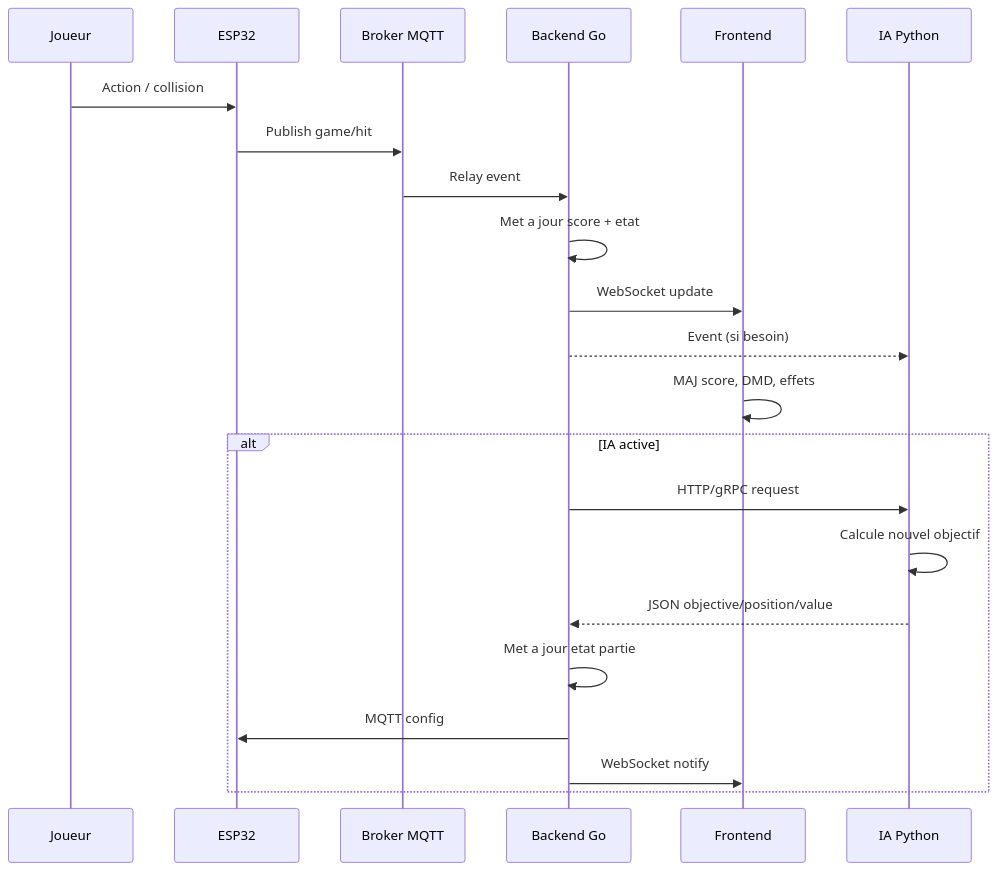
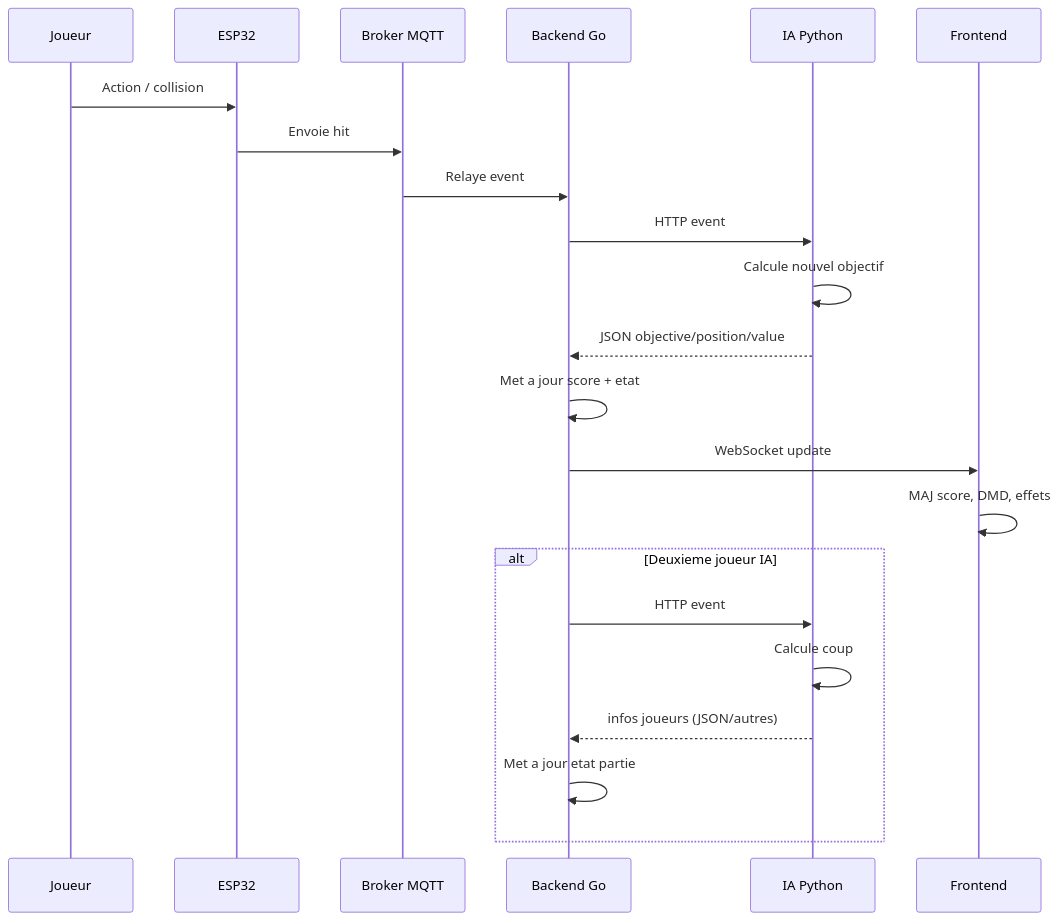
One commit to AkaTFL/Flipper changed the diagram in doc/diagrammes/sequence.md. Above: the diagram before and after it, drawn with Mermaid. The commit also changed 1 other file, not shown here.

Commit message:
corrections des diagrammes UML

````diff
--- a/doc/diagrammes/sequence.md
+++ b/doc/diagrammes/sequence.md
@@ -1,26 +1,26 @@
 ```mermaid
 sequenceDiagram
   participant Joueur
   participant ESP32
   participant MQTT as Broker MQTT
   participant Backend as Backend Go
+  participant IA as IA Python
   participant Frontend
-  participant IA as IA Python
 
   Joueur->>ESP32: Action / collision
-  ESP32->>MQTT: Publish game/hit
-  MQTT->>Backend: Relay event
+  ESP32->>MQTT: Envoie hit
+  MQTT->>Backend: Relaye event
+  Backend->>IA: HTTP event
+  IA->>IA: Calcule nouvel objectif
+  IA-->>Backend: JSON objective/position/value
   Backend->>Backend: Met a jour score + etat
   Backend->>Frontend: WebSocket update
-  Backend-->>IA: Event (si besoin)
   Frontend->>Frontend: MAJ score, DMD, effets
 
-  alt IA active
-    Backend->>IA: HTTP/gRPC request
-    IA->>IA: Calcule nouvel objectif
-    IA-->>Backend: JSON objective/position/value
+  alt Deuxieme joueur IA
+    Backend->>IA: HTTP event
+    IA->>IA: Calcule coup
+    IA-->>Backend: infos joueurs (JSON/autres)
     Backend->>Backend: Met a jour etat partie
-    Backend->>ESP32: MQTT config
-    Backend->>Frontend: WebSocket notify
   end
 ```
````
